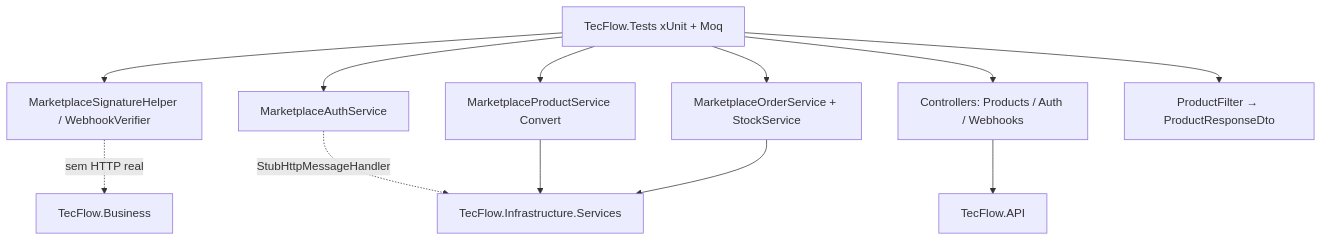
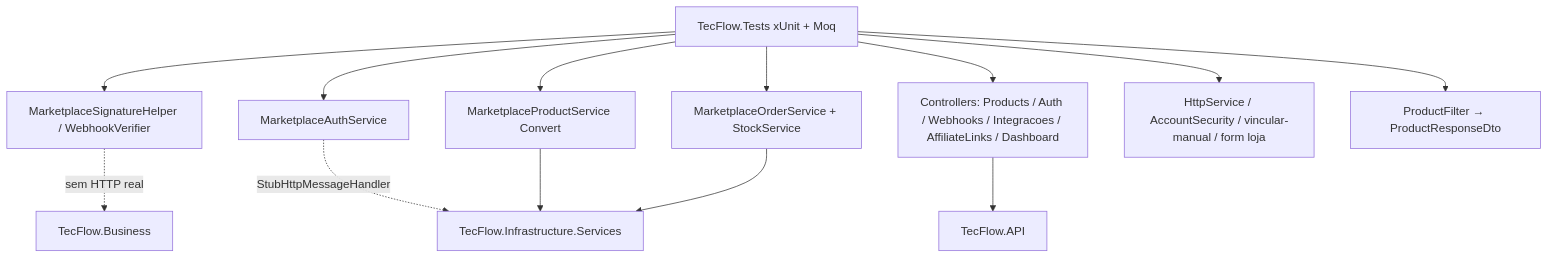
Before and after one commit to ronyaraujodeveloper/TecFlow: the fourth of 15 diagrams in docs/DIAGRAMAS_ARQUITETURA.md, drawn with Mermaid. The commit also changed other lines of this file and 18 other files, not shown here.

````diff
--- a/docs/DIAGRAMAS_ARQUITETURA.md
+++ b/docs/DIAGRAMAS_ARQUITETURA.md
@@ -176,16 +176,17 @@
 ```mermaid
 flowchart TB
   TST[TecFlow.Tests xUnit + Moq]
   TST --> SIG[MarketplaceSignatureHelper / WebhookVerifier]
   TST --> AUTH[MarketplaceAuthService]
   TST --> CAT[MarketplaceProductService Convert]
   TST --> ORD[MarketplaceOrderService + StockService]
-  TST --> API[Controllers: Products / Auth / Webhooks]
+  TST --> API[Controllers: Products / Auth / Webhooks / Integracoes / AffiliateLinks / Dashboard]
+  TST --> HTTP[HttpService / AccountSecurity / vincular-manual / form loja]
   TST --> FLT[ProductFilter → ProductResponseDto]
 
   SIG -.->|sem HTTP real| BUS[TecFlow.Business]
   AUTH -.->|StubHttpMessageHandler| INFSVC[TecFlow.Infrastructure.Services]
   CAT --> INFSVC
   ORD --> INFSVC
   API --> TecFlow.API
 ```
````
